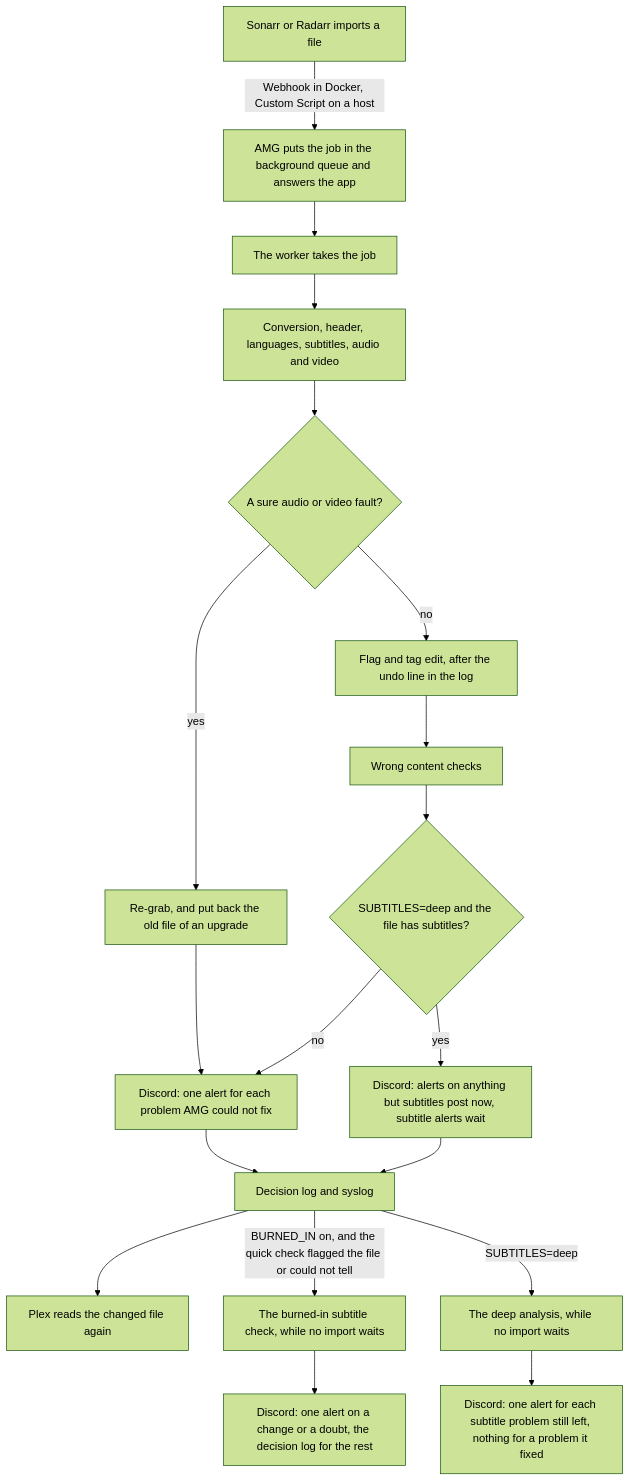
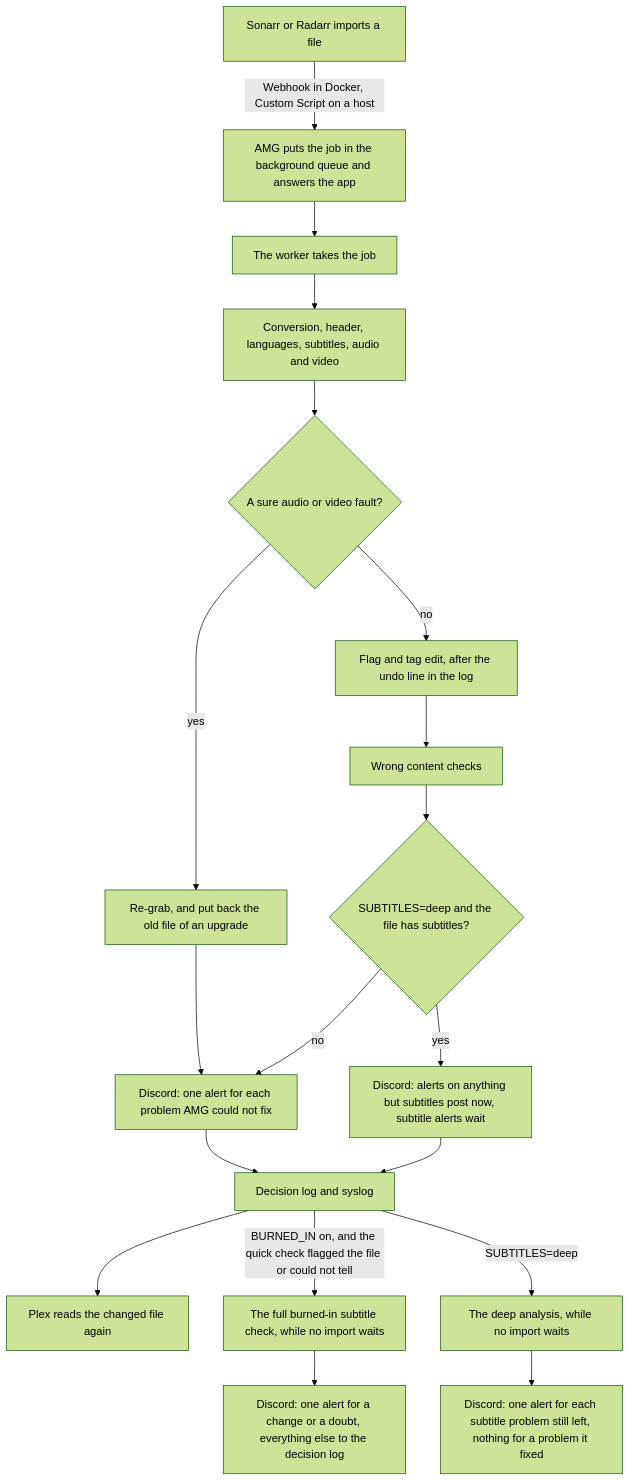
Before and after one commit to samwiseg0/arr-media-guard: the diagram in docs/how-it-works.md, drawn with Mermaid (forest theme). The commit also changed other lines of this file and 8 other files, not shown here.

First line of the commit message:
docs: plain words for the burned-in subtitle check

````diff
--- a/docs/how-it-works.md
+++ b/docs/how-it-works.md
@@ -25,22 +24,22 @@
 ```mermaid
 flowchart TD
     app["Sonarr or Radarr imports a file"]
     app -->|"Webhook in Docker, Custom Script on a host"| queue["AMG puts the job in the background queue and answers the app"]
     queue --> worker["The worker takes the job"]
     worker --> checks["Conversion, header, languages, subtitles, audio and video"]
     checks --> fault{"A sure audio or video fault?"}
     fault -->|"yes"| regrab["Re-grab, and put back the old file of an upgrade"]
     fault -->|"no"| edit["Flag and tag edit, after the undo line in the log"]
     edit --> content["Wrong content checks"]
     content --> follows{"SUBTITLES=deep and the file has subtitles?"}
     follows -->|"no"| alerts["Discord: one alert for each problem AMG could not fix"]
     follows -->|"yes"| hold["Discord: alerts on anything but subtitles post now, subtitle alerts wait"]
     regrab --> alerts
     alerts --> log["Decision log and syslog"]
     hold --> log
     log --> plex["Plex reads the changed file again"]
-    log -->|"BURNED_IN on, and the quick check flagged the file or could not tell"| burn["The burned-in subtitle check, while no import waits"]
-    burn --> burnalert["Discord: one alert on a change or a doubt, the decision log for the rest"]
+    log -->|"BURNED_IN on, and the quick check flagged the file or could not tell"| burn["The full burned-in subtitle check, while no import waits"]
+    burn --> burnalert["Discord: one alert for a change or a doubt, everything else to the decision log"]
     log -->|"SUBTITLES=deep"| deep["The deep analysis, while no import waits"]
     deep --> deepalert["Discord: one alert for each subtitle problem still left, nothing for a problem it fixed"]
 ```
````
